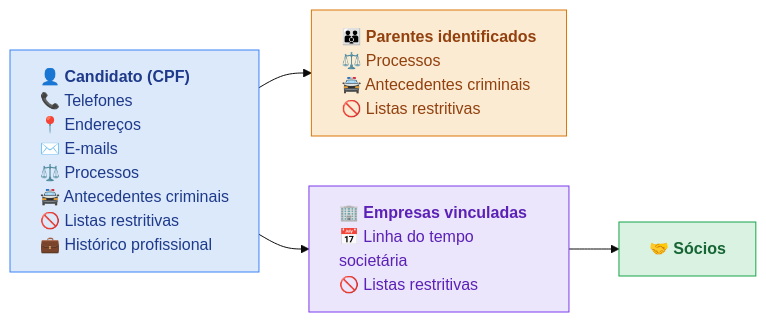
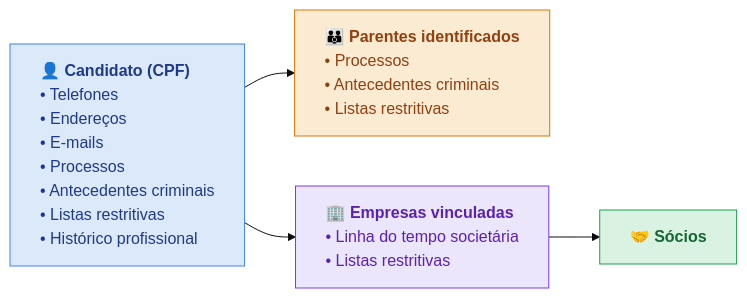
One commit to Sherlocker-LTDA/docs changed the diagram in perfis/rh-candidato.mdx. Above: the diagram before and after it, drawn with Mermaid (base theme). The commit also changed other lines of this file, not shown here.

Commit message:
docs(perfis): antecedentes retorna consta/nada_consta; mermaid com emoji só no título
- Exemplo e tipagem de antecedentes_criminais: resultado 'nada_consta' (possui/não possui, lido do PDF).
- Mermaid: emojis apenas nos títulos dos nós; itens como lista normal (•).

````diff
--- a/perfis/rh-candidato.mdx
+++ b/perfis/rh-candidato.mdx
@@ -22,16 +22,16 @@
 ```mermaid
 flowchart LR
-  C["<div style='text-align:left'><b>👤 Candidato (CPF)</b><br/>📞 Telefones<br/>📍 Endereços<br/>✉️ E-mails<br/>⚖️ Processos<br/>🚔 Antecedentes criminais<br/>🚫 Listas restritivas<br/>💼 Histórico profissional</div>"]
-  P["<div style='text-align:left'><b>👪 Parentes identificados</b><br/>⚖️ Processos<br/>🚔 Antecedentes criminais<br/>🚫 Listas restritivas</div>"]
-  E["<div style='text-align:left'><b>🏢 Empresas vinculadas</b><br/>📅 Linha do tempo societária<br/>🚫 Listas restritivas</div>"]
+  C["<div style='text-align:left'><b>👤 Candidato (CPF)</b><br/>• Telefones<br/>• Endereços<br/>• E-mails<br/>• Processos<br/>• Antecedentes criminais<br/>• Listas restritivas<br/>• Histórico profissional</div>"]
+  P["<div style='text-align:left'><b>👪 Parentes identificados</b><br/>• Processos<br/>• Antecedentes criminais<br/>• Listas restritivas</div>"]
+  E["<div style='text-align:left'><b>🏢 Empresas vinculadas</b><br/>• Linha do tempo societária<br/>• Listas restritivas</div>"]
   S["<div style='text-align:left'><b>🤝 Sócios</b></div>"]
 
   C --> P
   C --> E
   E --> S
 
   style C fill:#DCE9FB,stroke:#3B82F6,color:#1E3A8A
   style P fill:#FBEBD3,stroke:#D97706,color:#92400E
   style E fill:#EBE6FB,stroke:#7C3AED,color:#5B21B6
   style S fill:#D9F2E1,stroke:#16A34A,color:#166534
 ```
````
